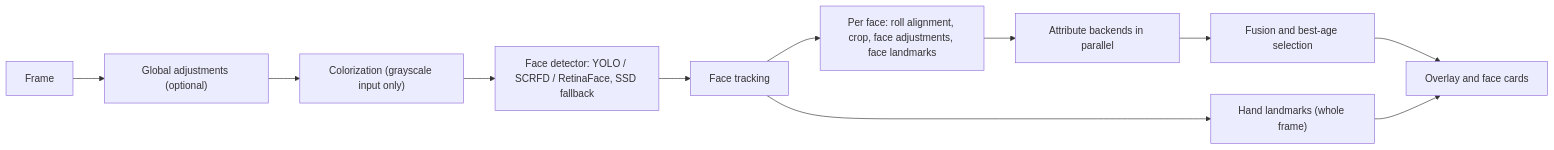
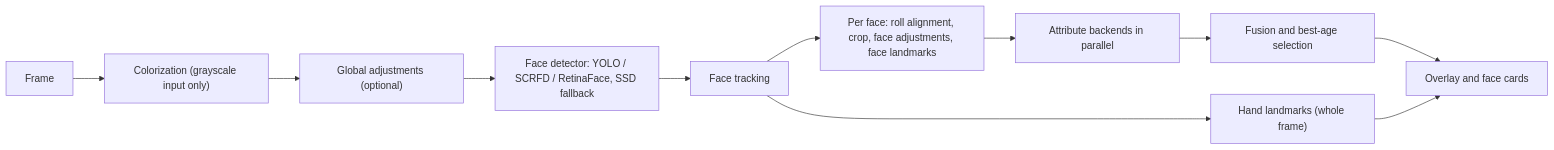
Before and after one commit to dpologdvinity/multimodal-face-analyzer: the diagram in README.md, drawn with Mermaid. The commit also changed other lines of this file and 1 other file, not shown here.

Commit message:
docs: fix pipeline diagram order and tighten README claims

````diff
--- a/README.md
+++ b/README.md
@@ -37,13 +37,13 @@
 ```mermaid
 flowchart LR
-    A[Frame] --> B["Global adjustments (optional)"]
-    B --> C["Colorization (grayscale input only)"]
-    C --> D["Face detector: YOLO / SCRFD / RetinaFace, SSD fallback"]
+    A[Frame] --> C["Colorization (grayscale input only)"]
+    C --> B["Global adjustments (optional)"]
+    B --> D["Face detector: YOLO / SCRFD / RetinaFace, SSD fallback"]
     D --> E[Face tracking]
     E --> H["Hand landmarks (whole frame)"]
     E --> F["Per face: roll alignment, crop, face adjustments, face landmarks"]
     F --> G["Attribute backends in parallel"]
     G --> I["Fusion and best-age selection"]
     I --> J[Overlay and face cards]
     H --> J
 ```
````
